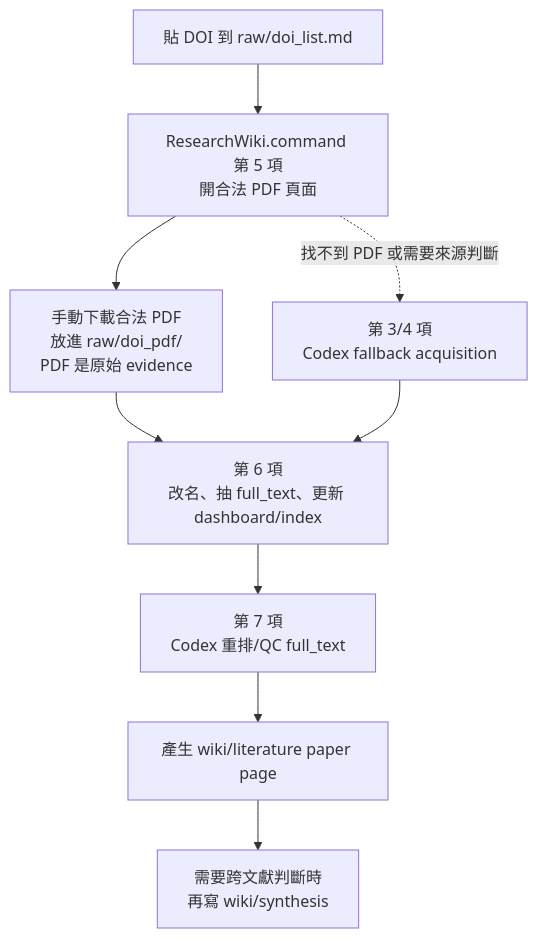
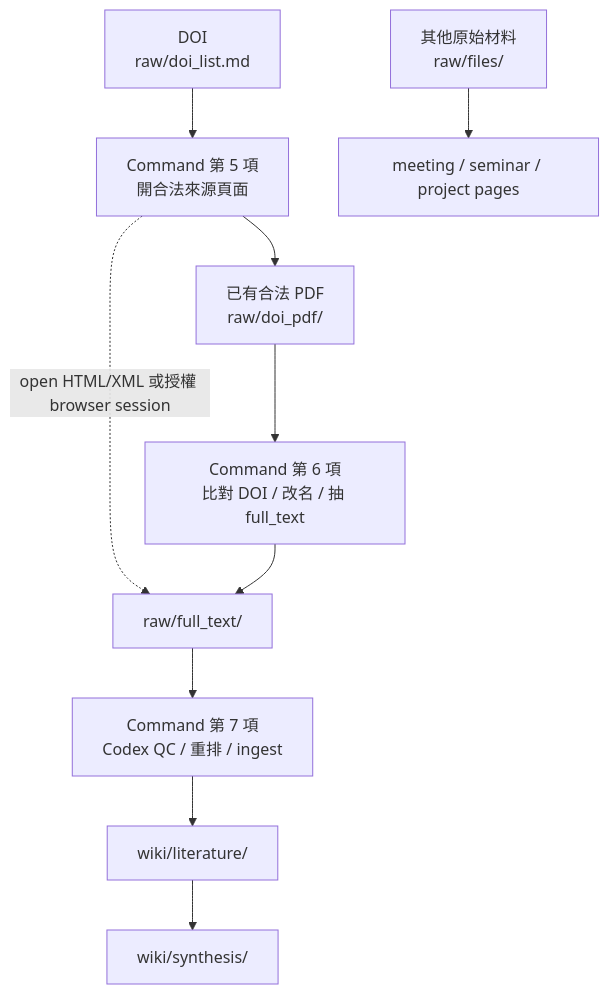
The first of 2 diagrams in README.zh-TW.md (ChenHau-Lan/ResearchWiki), drawn with Mermaid before and after one commit. The commit also changed other lines of this file and 1 other file, not shown here.

````diff
--- a/README.zh-TW.md
+++ b/README.zh-TW.md
@@ -33,12 +24,13 @@
 ```mermaid
 flowchart TD
-    A["貼 DOI 到 raw/doi_list.md"] --> B["ResearchWiki.command 第 5 項<br/>開合法 PDF 頁面"]
-    B --> C["手動下載合法 PDF<br/>放進 raw/doi_pdf/<br/>PDF 是原始 evidence"]
-    C --> D["第 6 項<br/>改名、抽 full_text、更新 dashboard/index"]
-    D --> E["第 7 項<br/>Codex 重排/QC full_text"]
-    E --> F["產生 wiki/literature paper page"]
-    F --> G["需要跨文獻判斷時<br/>再寫 wiki/synthesis"]
+    DOI["DOI<br/>raw/doi_list.md"] --> OPEN["Command 第 5 項<br/>開合法來源頁面"]
+    PDF["已有合法 PDF<br/>raw/doi_pdf/"] --> IMPORT["Command 第 6 項<br/>比對 DOI / 改名 / 抽 full_text"]
+    OTHER["其他原始材料<br/>raw/files/"] --> WIKI2["meeting / seminar / project pages"]
 
-    B -. "找不到 PDF 或需要來源判斷" .-> H["第 3/4 項<br/>Codex fallback acquisition"]
-    H --> D
+    OPEN --> PDF
+    OPEN -. "open HTML/XML 或授權 browser session" .-> FT["raw/full_text/"]
+    IMPORT --> FT
+    FT --> QC["Command 第 7 項<br/>Codex QC / 重排 / ingest"]
+    QC --> LIT["wiki/literature/"]
+    LIT --> SYN["wiki/synthesis/"]
 ```
````
